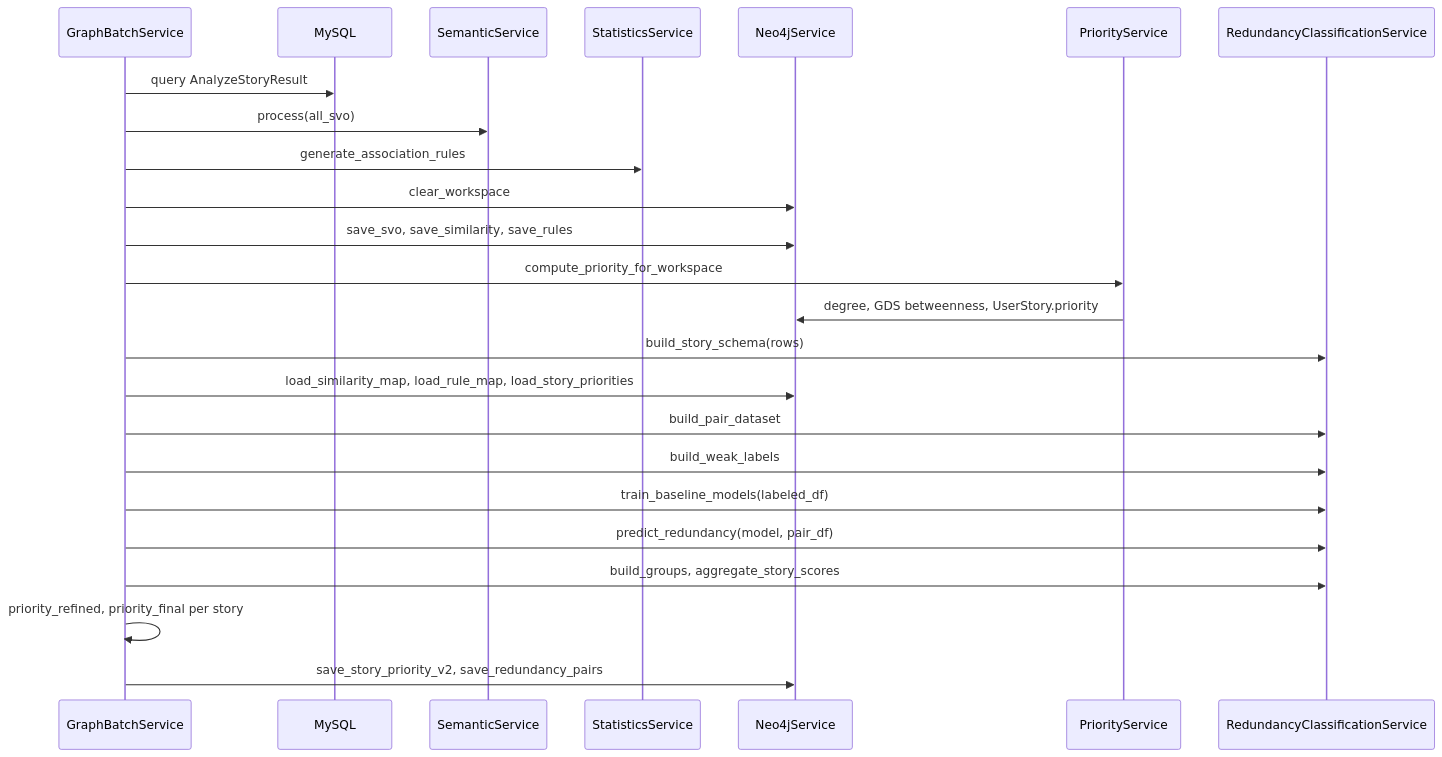
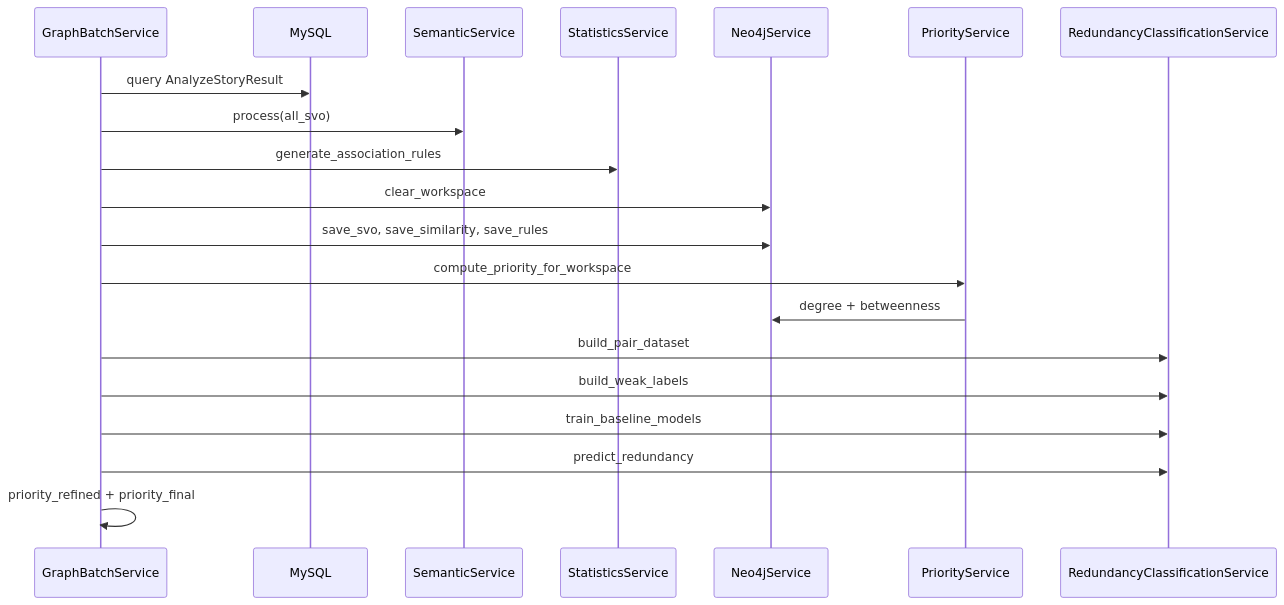
One commit to DucHuy74/daln changed the third of 3 diagrams in analyze_user_stories/docs/PRIORITY_AND_REDUNDANCY_ANALYSIS.md. Above: the diagram before and after it, drawn with Mermaid. The commit also changed other lines of this file, not shown here.

````diff
--- a/analyze_user_stories/docs/PRIORITY_AND_REDUNDANCY_ANALYSIS.md
+++ b/analyze_user_stories/docs/PRIORITY_AND_REDUNDANCY_ANALYSIS.md
@@ -583,27 +444,23 @@
 ```mermaid
 sequenceDiagram
   participant GBS as GraphBatchService
   participant DB as MySQL
   participant Sem as SemanticService
   participant Stat as StatisticsService
   participant Neo as Neo4jService
   participant Pri as PriorityService
   participant Red as RedundancyClassificationService
 
   GBS->>DB: query AnalyzeStoryResult
   GBS->>Sem: process(all_svo)
   GBS->>Stat: generate_association_rules
   GBS->>Neo: clear_workspace
   GBS->>Neo: save_svo, save_similarity, save_rules
   GBS->>Pri: compute_priority_for_workspace
-  Pri->>Neo: degree, GDS betweenness, UserStory.priority
-  GBS->>Red: build_story_schema(rows)
-  GBS->>Neo: load_similarity_map, load_rule_map, load_story_priorities
+  Pri->>Neo: degree + betweenness
   GBS->>Red: build_pair_dataset
   GBS->>Red: build_weak_labels
-  GBS->>Red: train_baseline_models(labeled_df)
-  GBS->>Red: predict_redundancy(model, pair_df)
-  GBS->>Red: build_groups, aggregate_story_scores
-  GBS->>GBS: priority_refined, priority_final per story
-  GBS->>Neo: save_story_priority_v2, save_redundancy_pairs
+  GBS->>Red: train_baseline_models
+  GBS->>Red: predict_redundancy
+  GBS->>GBS: priority_refined + priority_final
 ```
````
